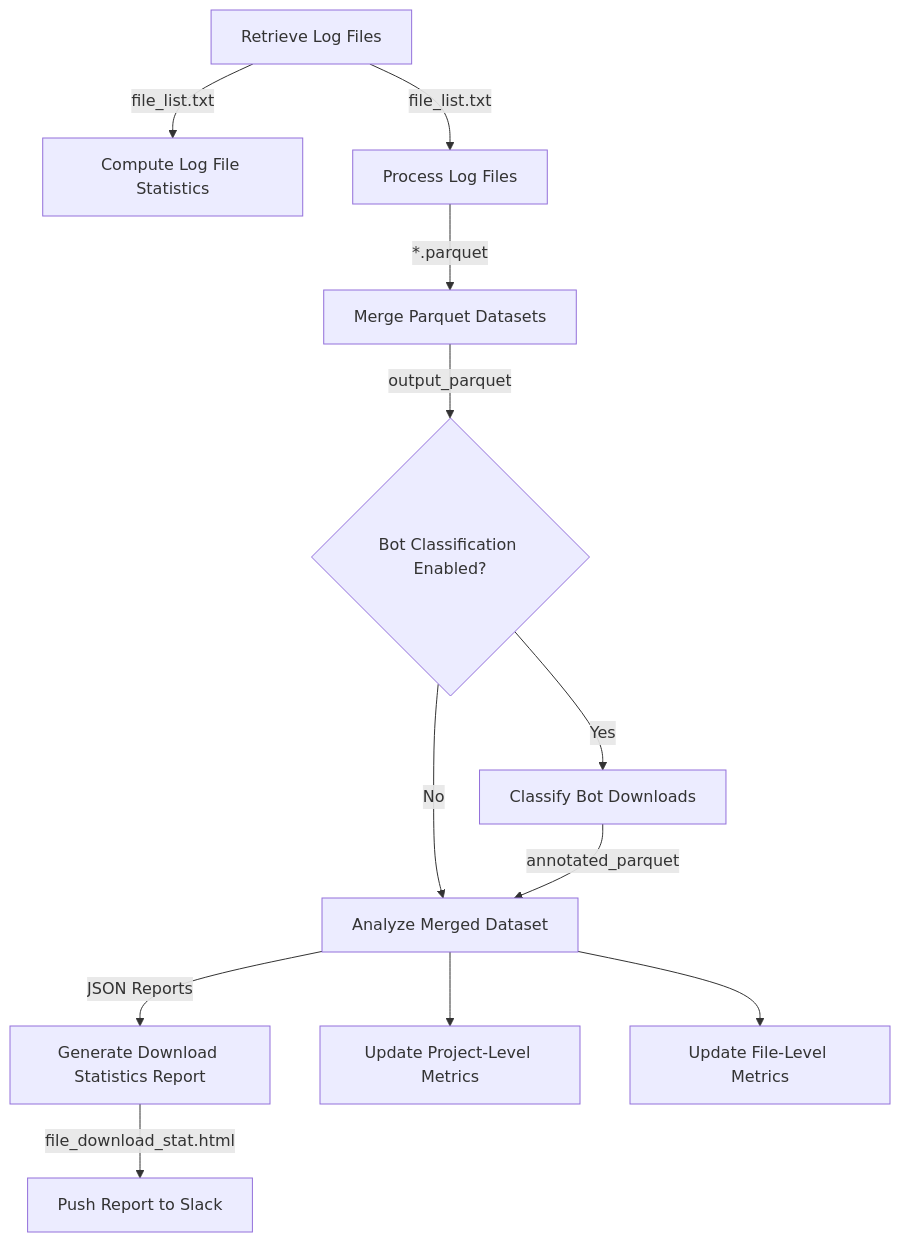
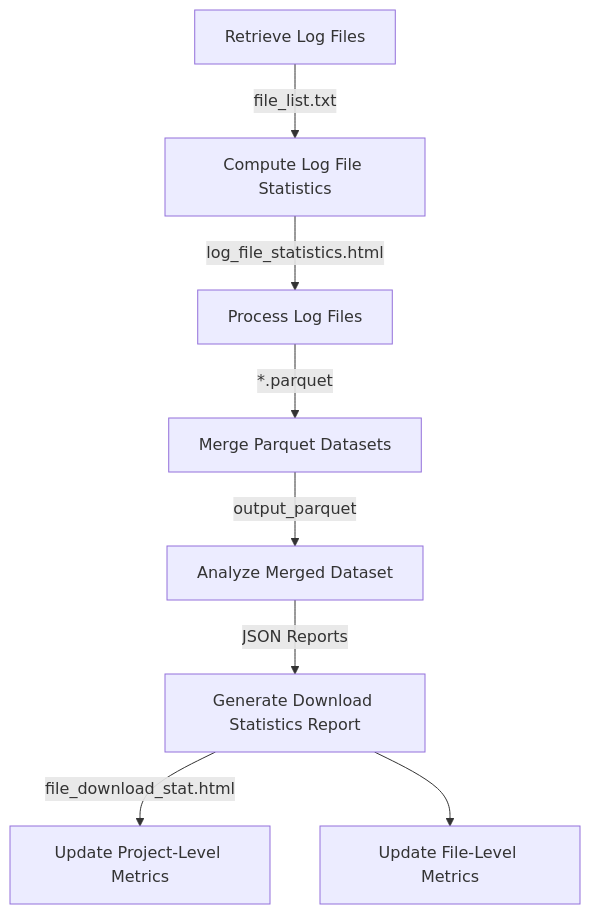
Before and after one commit to sureshhewabi/nf-downloadstats: the diagram in README.md, drawn with Mermaid. The commit also changed other lines of this file and 9 other files, not shown here.

````diff
--- a/README.md
+++ b/README.md
@@ -72,14 +63,10 @@
 ```mermaid
 flowchart TD;
     A[Retrieve Log Files] -->|file_list.txt| B[Compute Log File Statistics];
-    A -->|file_list.txt| C[Process Log Files];
+    B -->|log_file_statistics.html| C[Process Log Files];
     C -->|*.parquet| D[Merge Parquet Datasets];
-    D -->|output_parquet| E{Bot Classification Enabled?};
-    E -->|Yes| F[Classify Bot Downloads];
-    E -->|No| G[Analyze Merged Dataset];
-    F -->|annotated_parquet| G;
-    G -->|JSON Reports| H[Generate Download Statistics Report];
-    H -->|file_download_stat.html| I[Push Report to Slack];
-    G --> J[Update Project-Level Metrics];
-    G --> K[Update File-Level Metrics];
+    D -->|output_parquet| E[Analyze Merged Dataset];
+    E -->|JSON Reports| F[Generate Download Statistics Report];
+    F -->|file_download_stat.html| G[Update Project-Level Metrics];
+    F --> H[Update File-Level Metrics];
 ```
````
